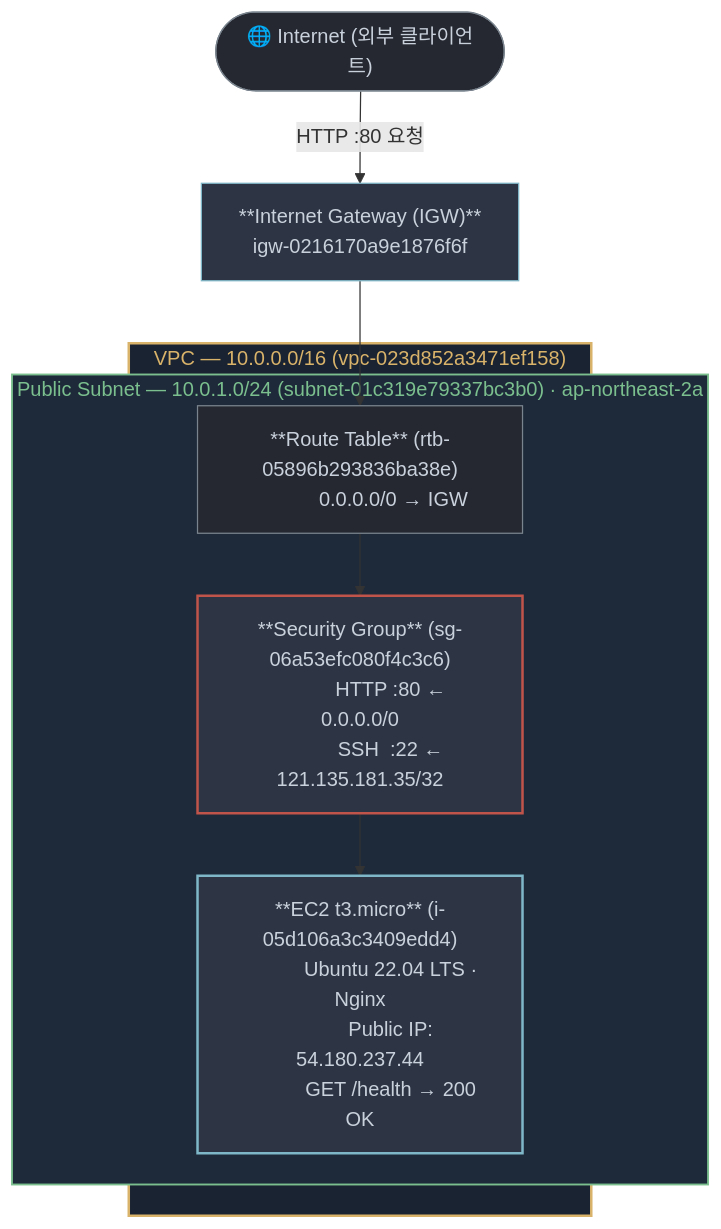
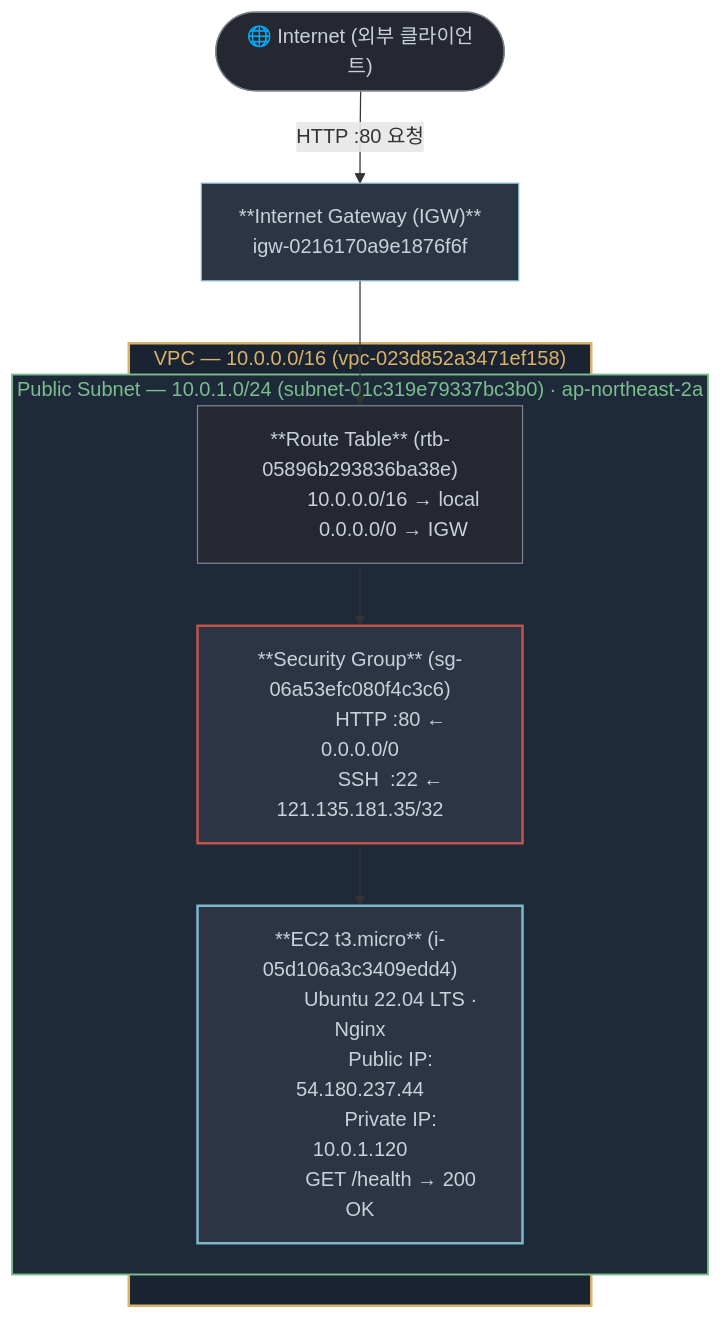
Before and after one commit to nttkor/b3_1: the diagram in README.md, drawn with Mermaid. The commit also changed other lines of this file and 1 other file, not shown here.

````diff
--- a/README.md
+++ b/README.md
@@ -53,34 +56,36 @@
 ```mermaid
 flowchart TD
     Internet(["🌐 Internet (외부 클라이언트)"])
 
     IGW["**Internet Gateway (IGW)**
     igw-0216170a9e1876f6f"]
 
     subgraph VPC["VPC — 10.0.0.0/16 (vpc-023d852a3471ef158)"]
         subgraph Subnet["Public Subnet — 10.0.1.0/24 (subnet-01c319e79337bc3b0) · ap-northeast-2a"]
             RT["**Route Table** (rtb-05896b293836ba38e)
+            10.0.0.0/16 → local
             0.0.0.0/0 → IGW"]
             SG["**Security Group** (sg-06a53efc080f4c3c6)
             HTTP :80 ← 0.0.0.0/0
             SSH  :22 ← 121.135.181.35/32"]
             EC2["**EC2 t3.micro** (i-05d106a3c3409edd4)
             Ubuntu 22.04 LTS · Nginx
             Public IP: 54.180.237.44
+            Private IP: 10.0.1.120
             GET /health → 200 OK"]
         end
     end
 
     Internet -->|"HTTP :80 요청"| IGW
     IGW --> RT
     RT --> SG
     SG --> EC2
 
     style VPC fill:#1a2332,stroke:#D9B36A,stroke-width:2px,color:#D9B36A
     style Subnet fill:#1e2a3a,stroke:#7BBF8E,stroke-width:1.5px,color:#7BBF8E
     style IGW fill:#2D3544,stroke:#7FB7C9,color:#C9D1DC
     style RT fill:#252830,stroke:#7A848E,color:#C9D1DC
     style SG fill:#2D3544,stroke:#C0544B,stroke-width:2px,color:#C9D1DC
     style EC2 fill:#2D3544,stroke:#7FB7C9,stroke-width:2px,color:#C9D1DC
     style Internet fill:#252830,stroke:#7A848E,color:#C9D1DC
 ```
````
